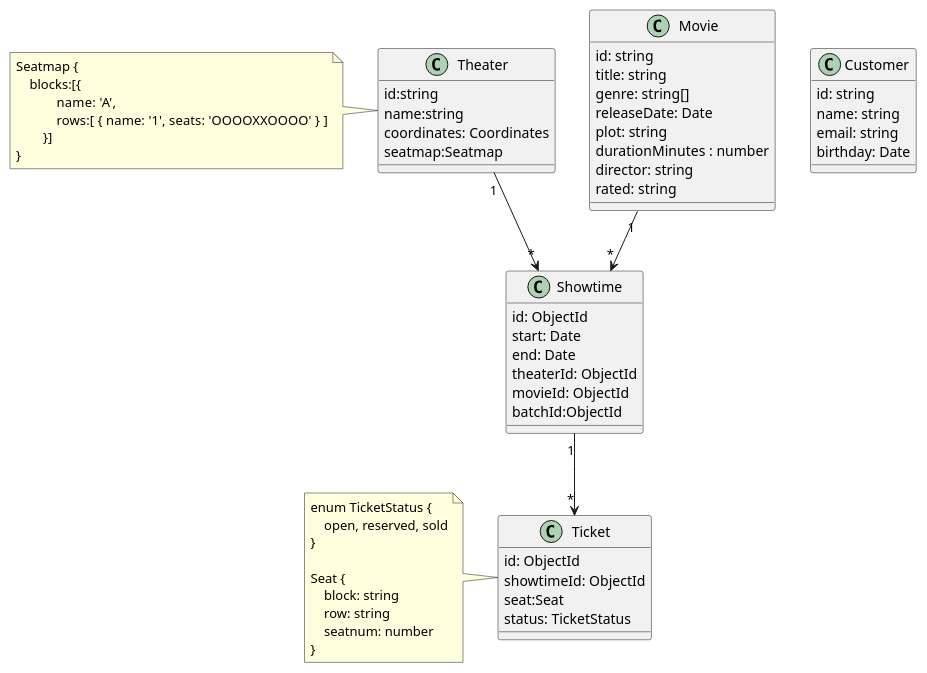
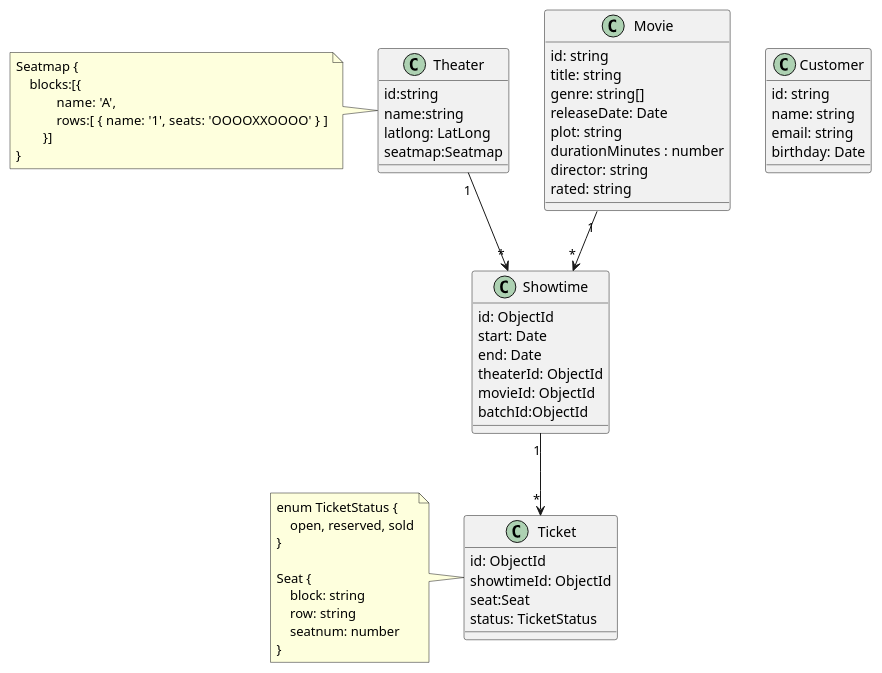
Before and after one commit to hunjuly/nest-seed: the diagram in docs/entities.md, drawn with PlantUML. The commit also changed 10 other files, not shown here.

Commit message:
rename Coordinate -> LatLong

````diff
--- a/docs/entities.md
+++ b/docs/entities.md
@@ -19,68 +19,68 @@
 ```plantuml
 @startuml
 class Customer {
     id: string
     name: string
     email: string
     birthday: Date
 }
 
 class Movie {
     id: string
     title: string
     genre: string[]
     releaseDate: Date
     plot: string
     durationMinutes : number
     director: string
     rated: string
 }
 
 class Theater{
     id:string
     name:string
-    coordinates: Coordinates
+    latlong: LatLong
     seatmap:Seatmap
 }
 note left
 Seatmap {
     blocks:[{
             name: 'A',
             rows:[ {  name: '1', seats: 'OOOOXXOOOO' } ]
         }]
 }
 end note
 
 class Showtime {
     id: ObjectId
     start: Date
     end: Date
     theaterId: ObjectId
     movieId: ObjectId
     batchId:ObjectId
 }
 
 class Ticket {
     id: ObjectId
     showtimeId: ObjectId
     seat:Seat
     status: TicketStatus
 }
 
 note left
 enum TicketStatus {
     open, reserved, sold
 }
 
 Seat {
     block: string
     row: string
     seatnum: number
 }
 end note
 
 Showtime "1" --> "*" Ticket
 Movie "1" --> "*" Showtime
 Theater "1" --> "*" Showtime
 @enduml
 ```
````
